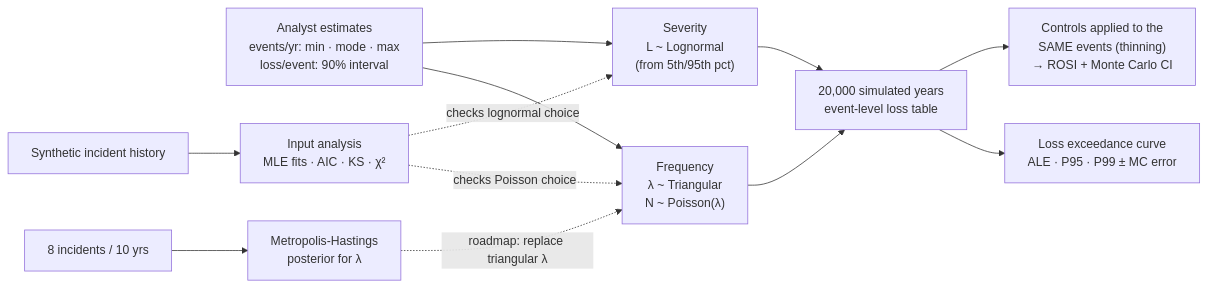
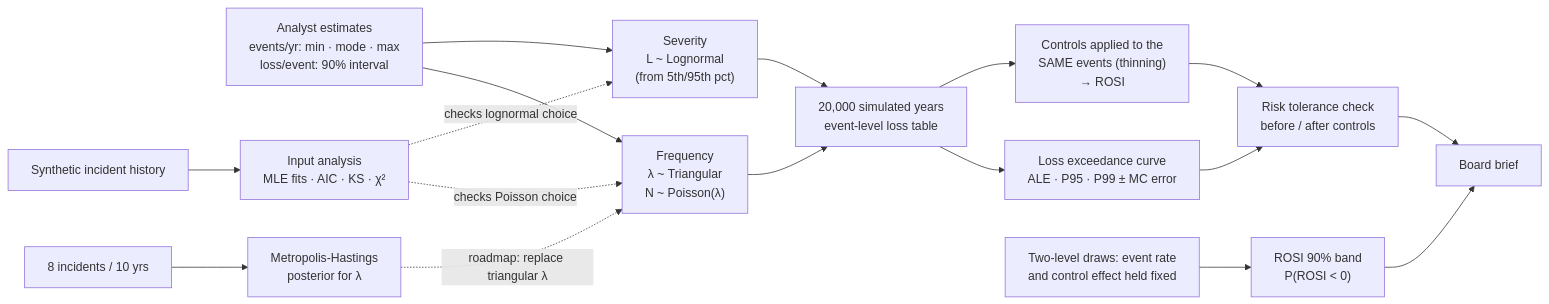
Before and after one commit to casildata/cyber-risk-monte-carlo: the diagram in README.md, drawn with Mermaid. The commit also changed other lines of this file and 25 other files, not shown here.

First line of the commit message:
Add two-level control uncertainty, risk tolerance, board brief, tests and CI

````diff
--- a/README.md
+++ b/README.md
@@ -37,14 +41,19 @@
 ```mermaid
 flowchart LR
     A["Analyst estimates<br/>events/yr: min · mode · max<br/>loss/event: 90% interval"] --> B["Frequency<br/>λ ~ Triangular<br/>N ~ Poisson(λ)"]
     A --> C["Severity<br/>L ~ Lognormal<br/>(from 5th/95th pct)"]
     B --> D["20,000 simulated years<br/>event-level loss table"]
     C --> D
     D --> E["Loss exceedance curve<br/>ALE · P95 · P99 ± MC error"]
-    D --> G["Controls applied to the<br/>SAME events (thinning)<br/>→ ROSI + Monte Carlo CI"]
+    D --> G["Controls applied to the<br/>SAME events (thinning)<br/>→ ROSI"]
+    U["Two-level draws: event rate<br/>and control effect held fixed"] --> R["ROSI 90% band<br/>P(ROSI < 0)"]
+    E --> T["Risk tolerance check<br/>before / after controls"]
+    G --> T
+    T --> BB["Board brief"]
+    R --> BB
     H["Synthetic incident history"] --> F["Input analysis<br/>MLE fits · AIC · KS · χ²"]
     F -.->|checks Poisson choice| B
     F -.->|checks lognormal choice| C
     P["8 incidents / 10 yrs"] --> M["Metropolis-Hastings<br/>posterior for λ"]
     M -.->|roadmap: replace triangular λ| B
 ```
````
